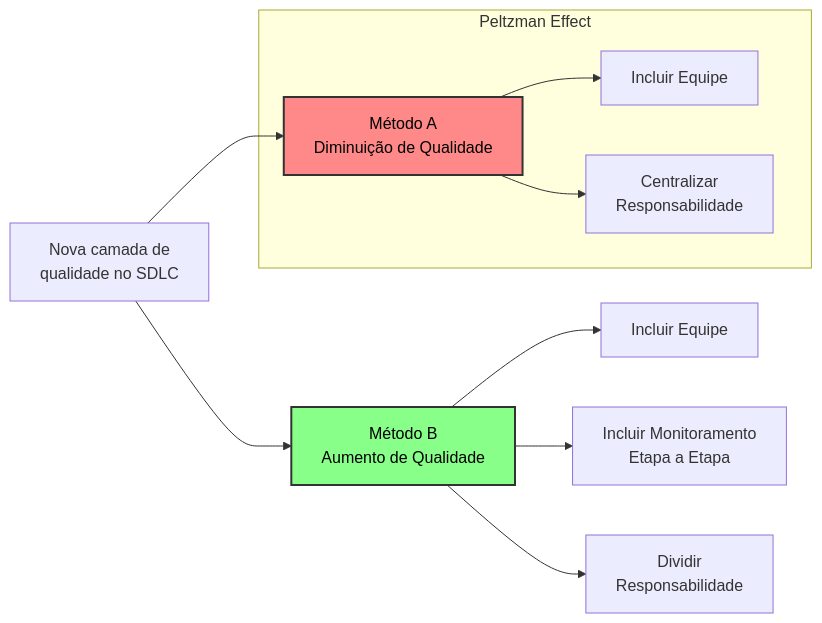
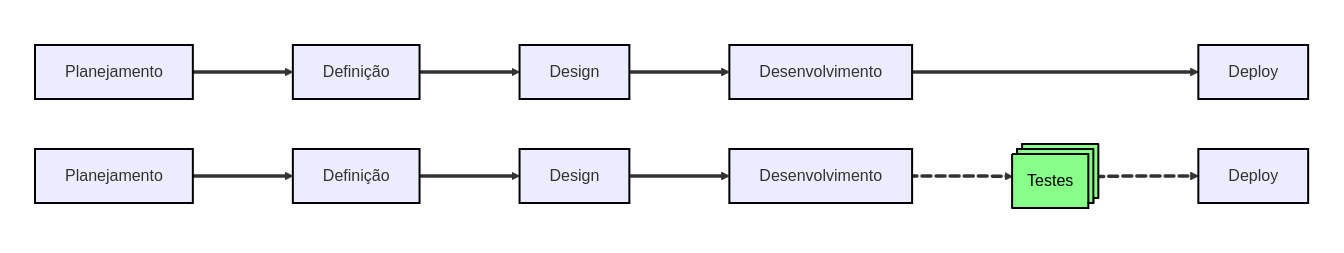
The diagram in docs/notes/peltzman_effect.mdx (GabriOliv/garden), drawn with Mermaid before and after one commit. The commit also changed other lines of this file, not shown here.

Commit message:
Update Peltzman Effect documentation: revise text for clarity, update tags to stageB, and enhance structure with additional context and figures

````diff
--- a/docs/notes/peltzman_effect.mdx
+++ b/docs/notes/peltzman_effect.mdx
@@ -44,22 +26,36 @@
-```mermaid
-	%%{init:{'flowchart':{'useMaxWidth':'true'}}}%%
-	flowchart LR
+	```mermaid
+		%%{init:{'flowchart':{'useMaxWidth':'true'}}}%%
+		flowchart LR
 
-	classDef red fill:#f88,stroke:#333,stroke-width:2px,color:#000;
-	classDef green fill:#8f8,stroke:#333,stroke-width:2px,color:#000;
+		classDef node      stroke:#000,stroke-width:2px;
+		classDef invisible fill:#fff0,stroke:#fff0,stroke-width:0px,color:#fff0;
+		classDef green     fill:#8f8,stroke:#000,stroke-width:2px,color:#000;
 
-	a:::red
-	b:::green
+		a:::invisible; b:::invisible; c:::invisible; d:::invisible; e:::invisible; f:::invisible;
 
-	z["Nova camada de<br>qualidade no SDLC"]
-		z --> a["Método A<br>Diminuição de Qualidade"]
-			a --> A01["Incluir Equipe"]
-			a --> A02["Centralizar<br>Responsabilidade"]
-		z --> b["Método B<br>Aumento de Qualidade"]
-			b --> B01["Incluir Equipe"]
-			b --> B02["Incluir Monitoramento<br>Etapa a Etapa"]
-			b --> B03["Dividir<br>Responsabilidade"]
+		subgraph a[" "]; a0; a1; end
+		subgraph b[" "]; b0; b1; end
+		subgraph c[" "]; c0; c1; end
+		subgraph d[" "]; d0; d1; end
+		subgraph e[" "]; e1; end
+		subgraph f[" "]; f0; f1; end
 
-	subgraph p["Peltzman Effect"]; a; A01; A02; end
+		a0["Planejamento"]
+		b0["Definição"]
+		c0["Design"]
+		d0["Desenvolvimento"]
+		f0["Deploy"]
 
-```
+		a1["Planejamento"]
+		b1["Definição"]
+		c1["Design"]
+		d1["Desenvolvimento"]
+		e1@{ shape: processes, label: "Testes", green}; e1:::green;
+		f1["Deploy"]
+
+		a0 ==> b0 ==> c0 ==> d0 ==> f0
+		a1 ==> b1 ==> c1 ==> d1 l0@==> e1 l1@==> f1
+
+		l0@{ animate: true, animation: fast }
+		l1@{ animate: true, animation: slow}
+	```
````
